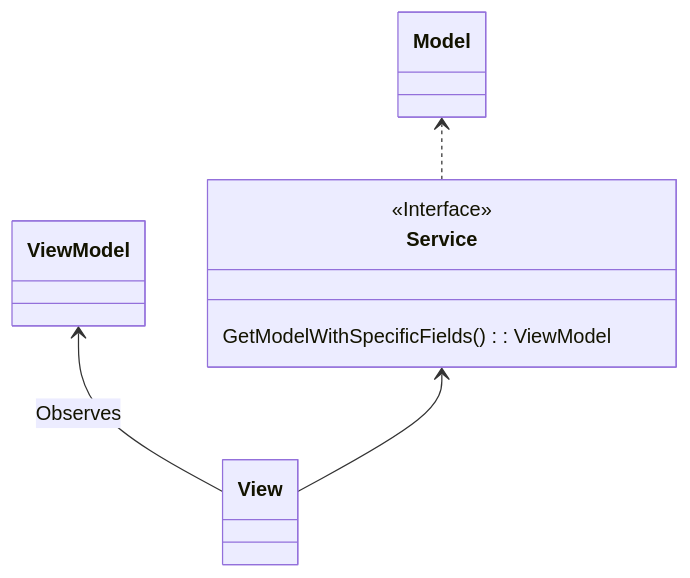
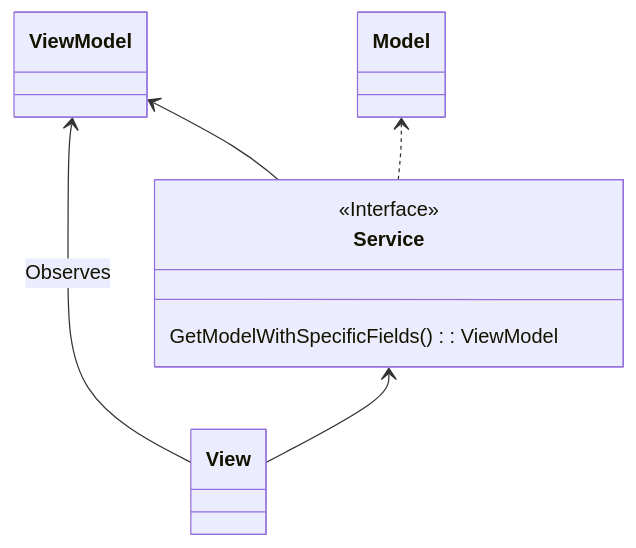
Before and after one commit to cs3217-2223/group-project-sotravel: the diagram in Sotravel/docs/diagrams/sprint-1-report/view-layer.mmd, drawn with Mermaid. The commit also changed 2 other files, not shown here.

```diff
--- a/Sotravel/docs/diagrams/sprint-1-report/view-layer.mmd
+++ b/Sotravel/docs/diagrams/sprint-1-report/view-layer.mmd
@@ -1,20 +1,21 @@
 classDiagram
     direction BT
     View --> ViewModel: Observes
     View --> Service
-   Service ..> Model
+    Service ..> Model
+    Service --> ViewModel
 
     class View {
     }
 
 
     class Service {
         <<Interface>>
         GetModelWithSpecificFields(): ViewModel
     }
 
     class ViewModel {
     }
 
     class Model {
     }
```
